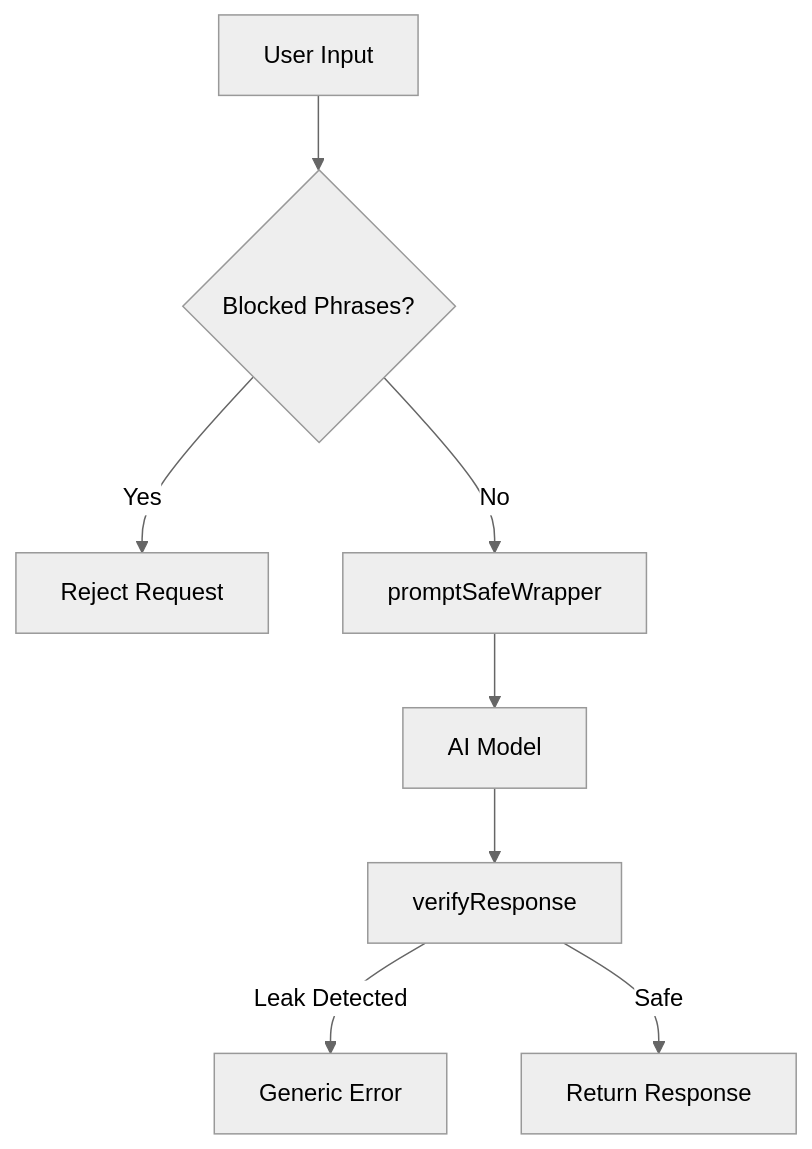
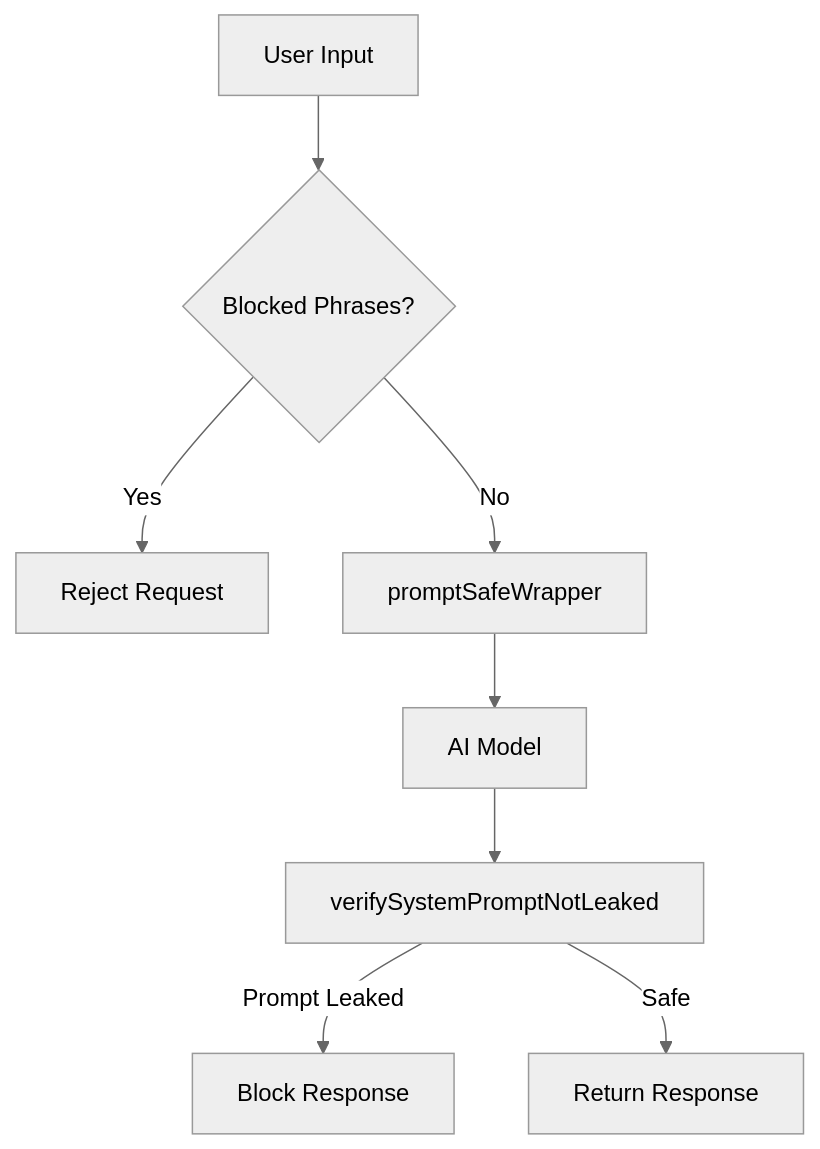
The diagram in AI-Prompt-Injection-Security-Guide.md (sprintx-official/Engineering), drawn with Mermaid (neutral theme) before and after one commit. The commit also changed other lines of this file, not shown here.

Commit message:
prompt guide updated

````diff
--- a/AI-Prompt-Injection-Security-Guide.md
+++ b/AI-Prompt-Injection-Security-Guide.md
@@ -272,10 +300,10 @@
 ```mermaid
 graph TD
     A[User Input] --> B{Blocked Phrases?}
     B -->|Yes| C[Reject Request]
     B -->|No| D[promptSafeWrapper]
     D --> E[AI Model]
-    E --> F[verifyResponse]
-    F -->|Leak Detected| G[Generic Error]
+    E --> F[verifySystemPromptNotLeaked]
+    F -->|Prompt Leaked| G[Block Response]
     F -->|Safe| H[Return Response]
 ```
````
